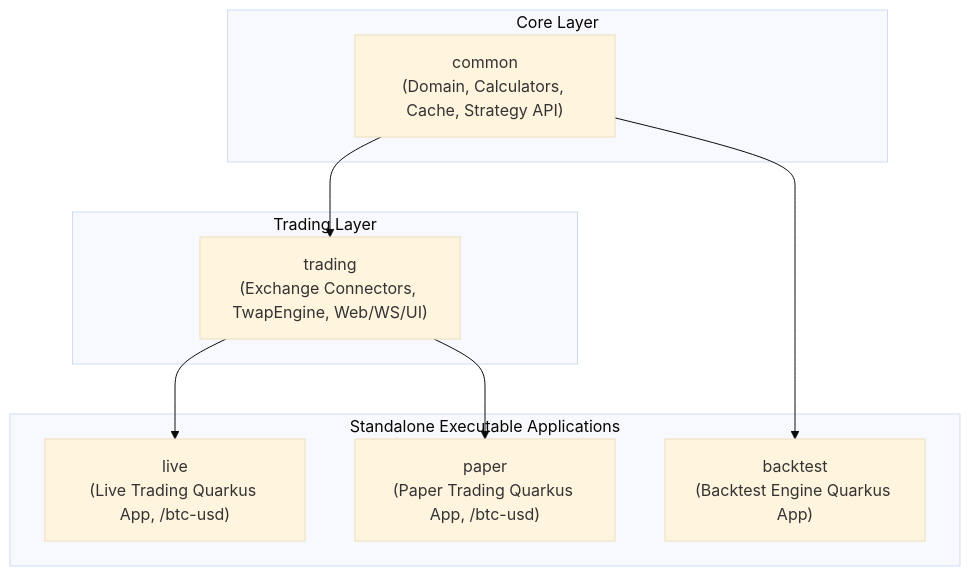
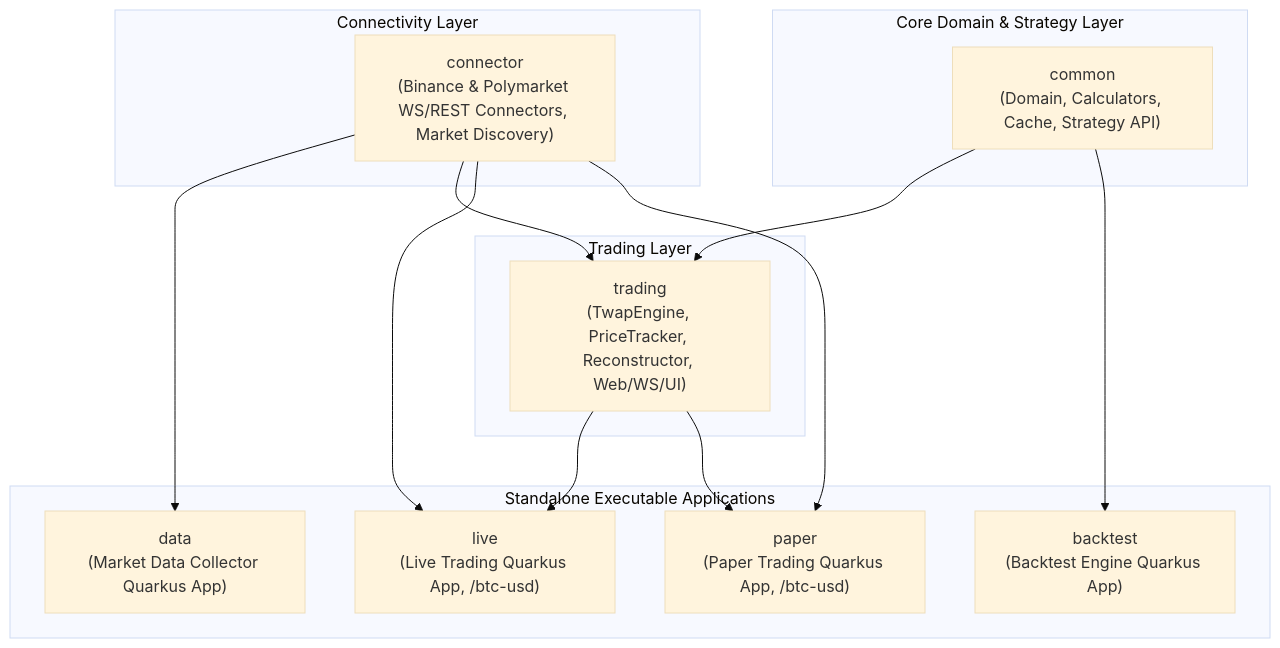
The diagram in ARCHITECTURE.md (amuradon/polymarket-bot), drawn with Mermaid (base theme) before and after one commit. The commit also changed other lines of this file and 48 other files, not shown here.

Commit message:
Resolves #42 Implement connector and data collector submodules with Zstd streaming storage

````diff
--- a/ARCHITECTURE.md
+++ b/ARCHITECTURE.md
@@ -11,21 +11,30 @@
 ```mermaid
 flowchart TD
-    subgraph Core["Core Layer"]
+    subgraph Core["Core Domain & Strategy Layer"]
         common["common<br/>(Domain, Calculators, Cache, Strategy API)"]
     end
 
+    subgraph ConnectivityLayer["Connectivity Layer"]
+        connector["connector<br/>(Binance & Polymarket WS/REST Connectors, Market Discovery)"]
+    end
+
     subgraph TradingLayer["Trading Layer"]
-        trading["trading<br/>(Exchange Connectors, TwapEngine, Web/WS/UI)"]
+        trading["trading<br/>(TwapEngine, PriceTracker, Reconstructor, Web/WS/UI)"]
     end
 
     subgraph Applications["Standalone Executable Applications"]
+        data["data<br/>(Market Data Collector Quarkus App)"]
         live["live<br/>(Live Trading Quarkus App, /btc-usd)"]
         paper["paper<br/>(Paper Trading Quarkus App, /btc-usd)"]
         backtest["backtest<br/>(Backtest Engine Quarkus App)"]
     end
 
+    connector --> data
+    connector --> trading
     common --> trading
     common --> backtest
     trading --> live
     trading --> paper
+    connector --> live
+    connector --> paper
 ```
````
